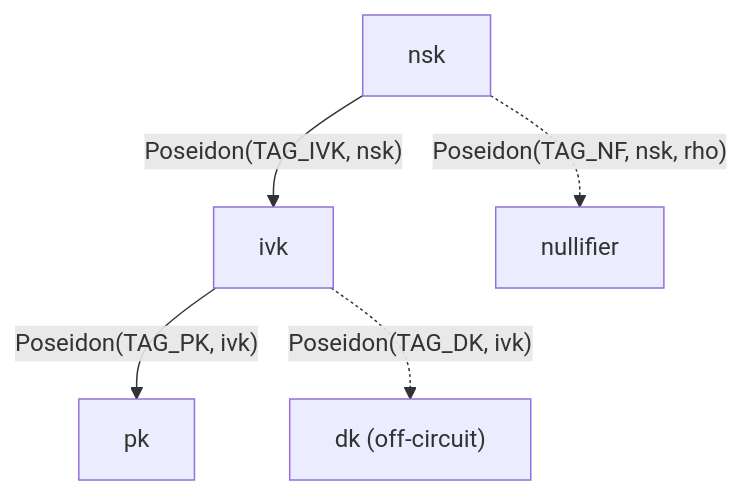
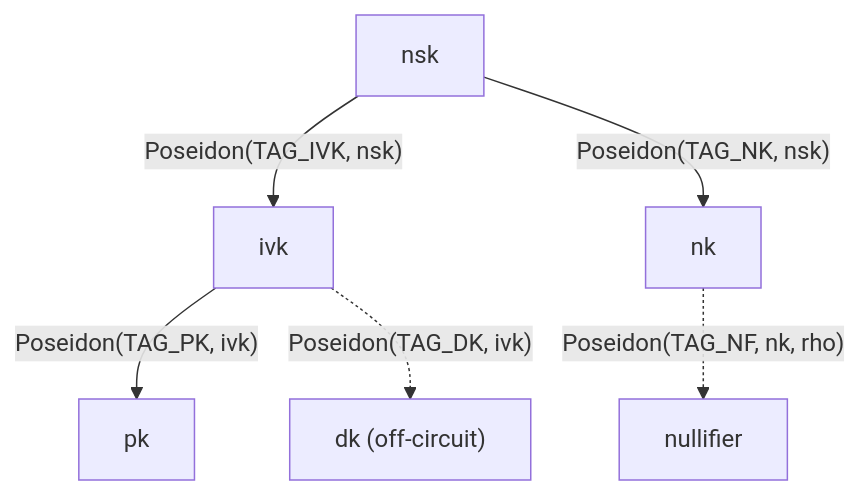
One commit to lelantos-org/circuits changed the third of 5 diagrams in src/README.md. Above: the diagram before and after it, drawn with Mermaid. The commit also changed other lines of this file and 10 other files, not shown here.

````diff
--- a/src/README.md
+++ b/src/README.md
@@ -314,7 +315,8 @@
 ```mermaid
 flowchart TD
     NSK["nsk"] -->|"Poseidon(TAG_IVK, nsk)"| IVK["ivk"]
+    NSK -->|"Poseidon(TAG_NK, nsk)"| NK["nk"]
     IVK -->|"Poseidon(TAG_PK, ivk)"| PK["pk"]
-    NSK -.->|"Poseidon(TAG_NF, nsk, rho)"| NF["nullifier"]
+    NK -.->|"Poseidon(TAG_NF, nk, rho)"| NF["nullifier"]
     IVK -.->|"Poseidon(TAG_DK, ivk)"| DK["dk (off-circuit)"]
 ```
````
